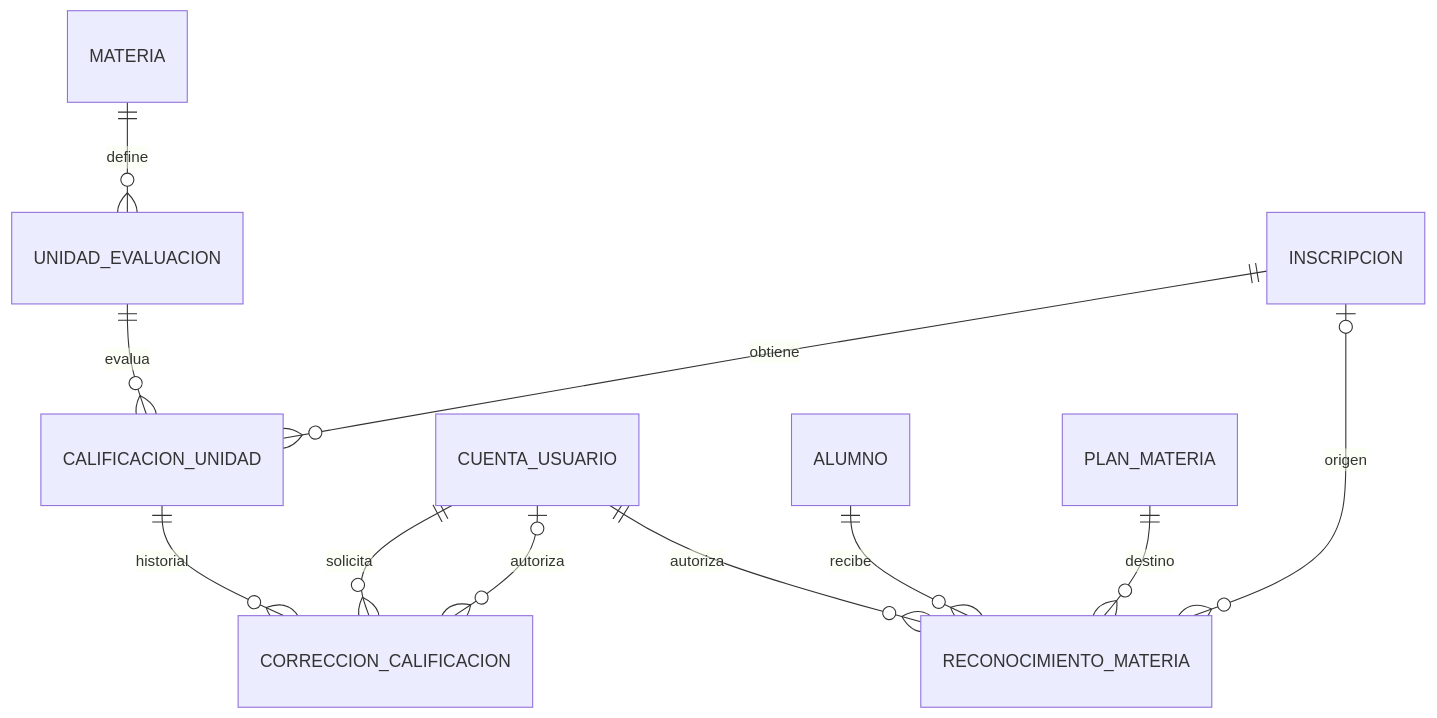
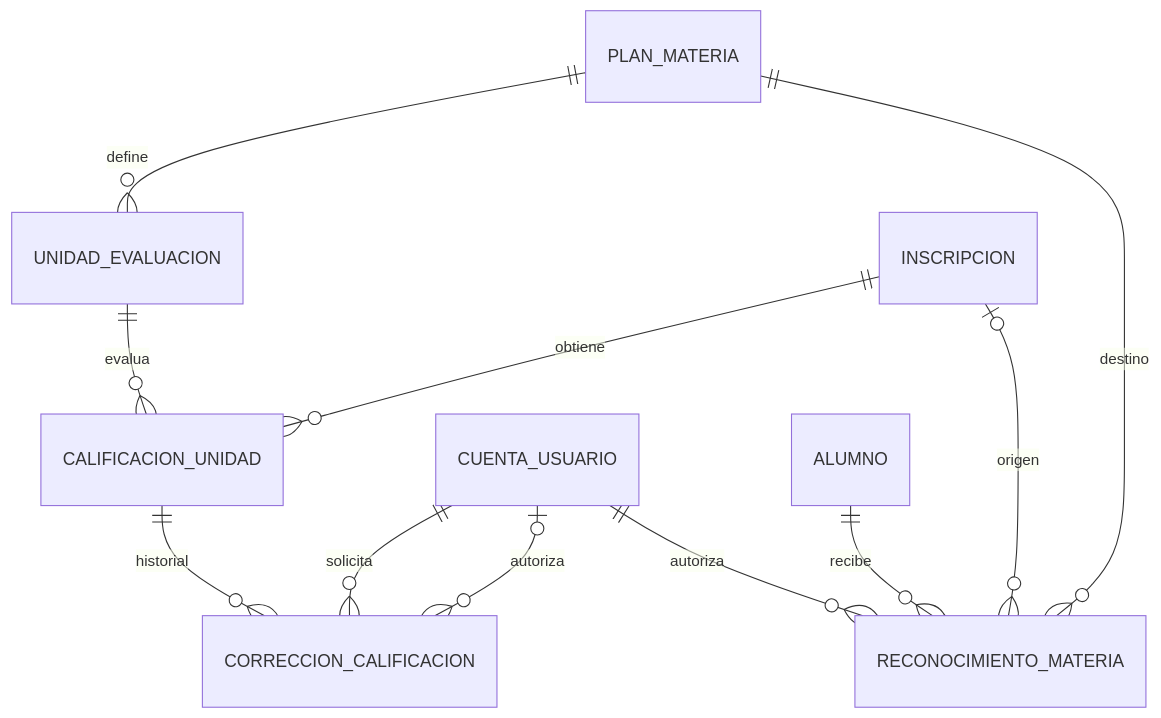
Before and after one commit to yg684568-a11y/Proyecto-final-BDD-: the third of 4 diagrams in docs/modelo-datos/diagrama-er-propuesto.md, drawn with Mermaid.

Commit message:
docs: alinear unidades de evaluacion a plan materia

````diff
--- a/docs/modelo-datos/diagrama-er-propuesto.md
+++ b/docs/modelo-datos/diagrama-er-propuesto.md
@@ -110,15 +110,15 @@
 ```mermaid
 erDiagram
-    MATERIA ||--o{ UNIDAD_EVALUACION : define
+    PLAN_MATERIA ||--o{ UNIDAD_EVALUACION : define
     INSCRIPCION ||--o{ CALIFICACION_UNIDAD : obtiene
     UNIDAD_EVALUACION ||--o{ CALIFICACION_UNIDAD : evalua
 
     CALIFICACION_UNIDAD ||--o{ CORRECCION_CALIFICACION : historial
     CUENTA_USUARIO ||--o{ CORRECCION_CALIFICACION : solicita
     CUENTA_USUARIO o|--o{ CORRECCION_CALIFICACION : autoriza
 
     ALUMNO ||--o{ RECONOCIMIENTO_MATERIA : recibe
     PLAN_MATERIA ||--o{ RECONOCIMIENTO_MATERIA : destino
     INSCRIPCION o|--o{ RECONOCIMIENTO_MATERIA : origen
     CUENTA_USUARIO ||--o{ RECONOCIMIENTO_MATERIA : autoriza
 ```
````
